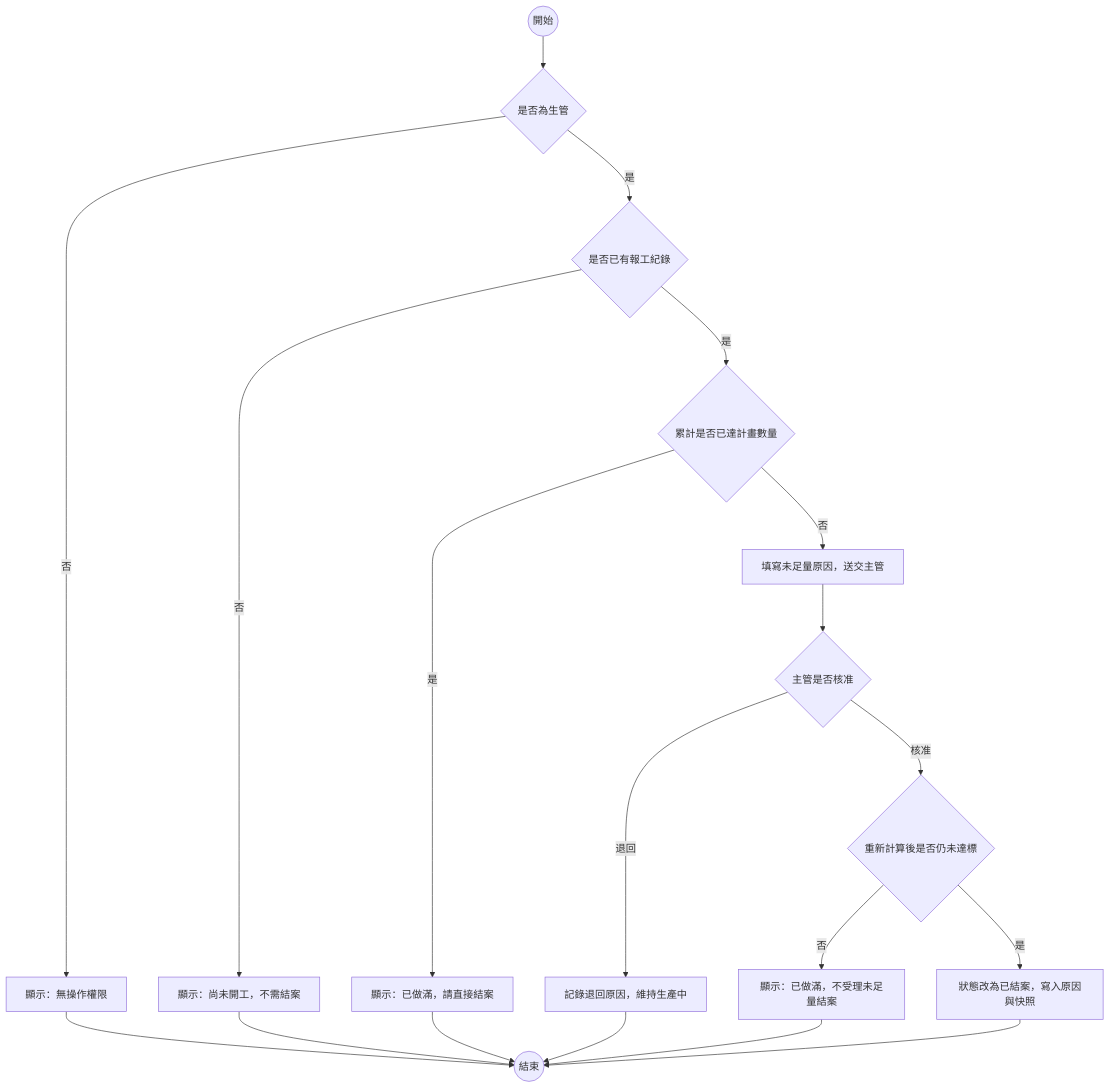
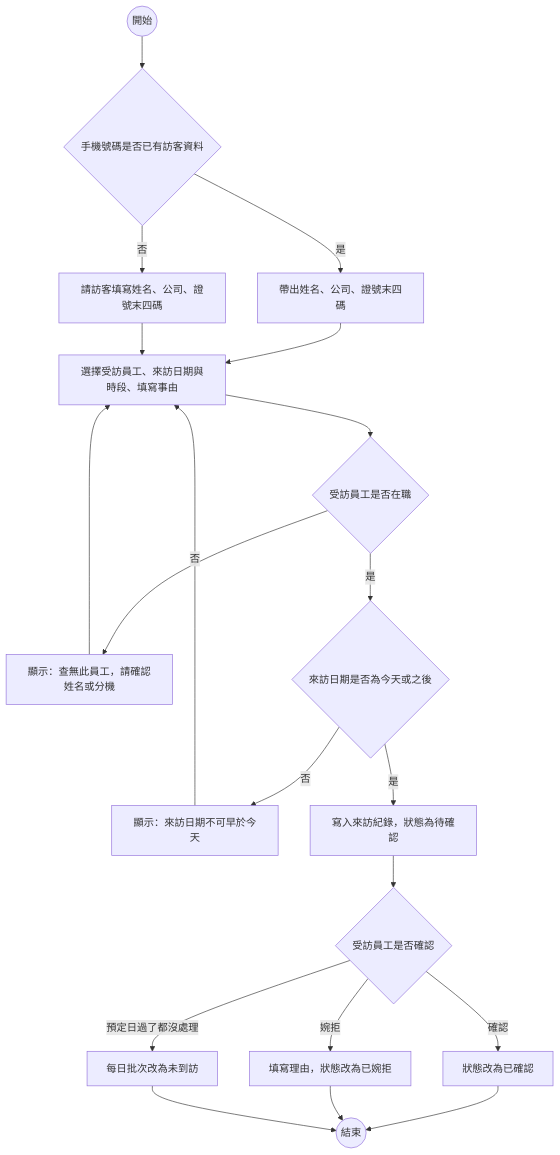
One commit to billy1125/system-analysis-and-design changed the third of 8 diagrams in 03-example-reports/Design-Phase-Sample-Report.md. Above: the diagram before and after it, drawn with Mermaid. The commit also changed other lines of this file and 30 other files, not shown here.

````diff
--- a/03-example-reports/Design-Phase-Sample-Report.md
+++ b/03-example-reports/Design-Phase-Sample-Report.md
@@ -320,21 +312,22 @@
 ```mermaid
 flowchart TD
-    START((開始)) --> C1{是否為生管}
-    C1 -->|否| X1[顯示：無操作權限]
-    C1 -->|是| C2{是否已有報工紀錄}
-    C2 -->|否| X2[顯示：尚未開工，不需結案]
-    C2 -->|是| C3{累計是否已達計畫數量}
-    C3 -->|是| X3[顯示：已做滿，請直接結案]
-    C3 -->|否| A1[填寫未足量原因，送交主管]
-    A1 --> C4{主管是否核准}
-    C4 -->|退回| A2[記錄退回原因，維持生產中]
-    C4 -->|核准| C5{重新計算後是否仍未達標}
-    C5 -->|否| X4[顯示：已做滿，不受理未足量結案]
-    C5 -->|是| A3[狀態改為已結案，寫入原因與快照]
-    A3 --> END((結束))
-    A2 --> END
-    X1 --> END
-    X2 --> END
-    X3 --> END
-    X4 --> END
+    START((開始)) --> C1{手機號碼是否已有訪客資料}
+    C1 -->|是| A1[帶出姓名、公司、證號末四碼]
+    C1 -->|否| A2[請訪客填寫姓名、公司、證號末四碼]
+    A1 --> A3[選擇受訪員工、來訪日期與時段、填寫事由]
+    A2 --> A3
+    A3 --> C2{受訪員工是否在職}
+    C2 -->|否| X1[顯示：查無此員工，請確認姓名或分機]
+    X1 --> A3
+    C2 -->|是| C3{來訪日期是否為今天或之後}
+    C3 -->|否| X2[顯示：來訪日期不可早於今天]
+    X2 --> A3
+    C3 -->|是| A4[寫入來訪紀錄，狀態為待確認]
+    A4 --> C4{受訪員工是否確認}
+    C4 -->|婉拒| A5[填寫理由，狀態改為已婉拒]
+    C4 -->|確認| A6[狀態改為已確認]
+    C4 -->|預定日過了都沒處理| A7[每日批次改為未到訪]
+    A6 --> END((結束))
+    A5 --> END
+    A7 --> END
 ```
````
